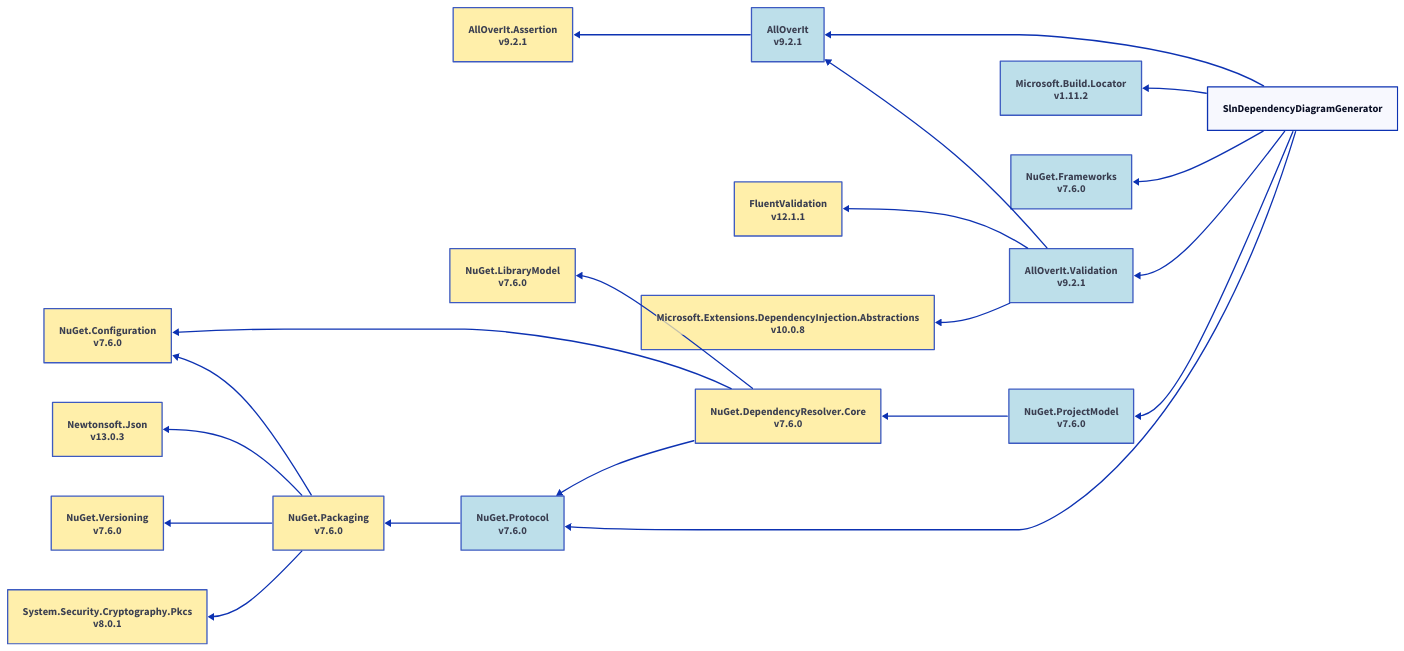
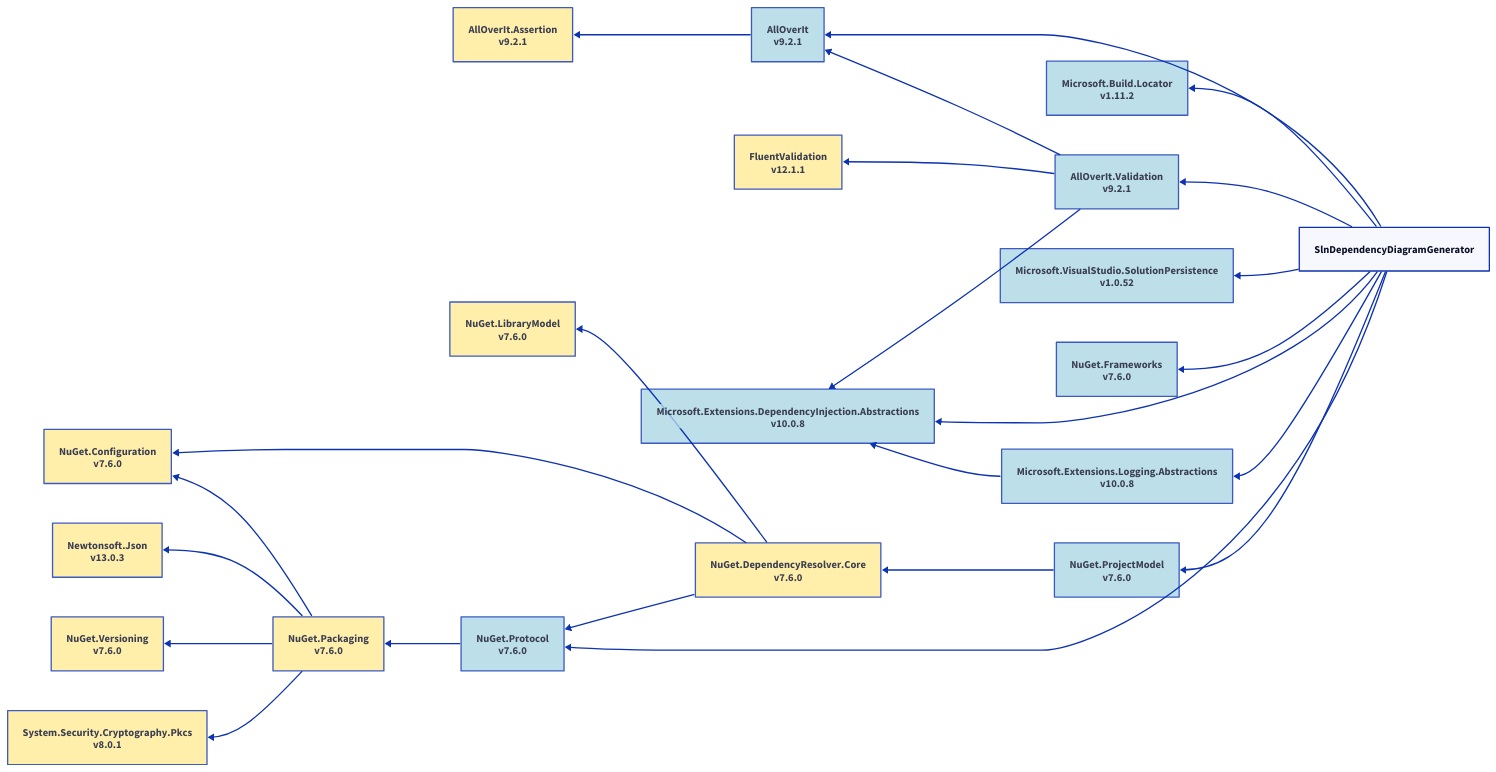
One commit to mjfreelancing/SlnDependencyDiagramGenerator changed the diagram in Samples/Output/net10.0/d2/slndependencydiagramgenerator.d2. Above: the diagram before and after it, drawn with D2. The commit also changed 81 other files, not shown here.

Commit message:
Sample project cleanup and diagram re-generation

```diff
--- a/Samples/Output/net10.0/d2/slndependencydiagramgenerator.d2
+++ b/Samples/Output/net10.0/d2/slndependencydiagramgenerator.d2
@@ -1,70 +1,80 @@
 direction: left
 
 slndependencydiagramgenerator: SlnDependencyDiagramGenerator
 alloverit_9-2-1: AllOverIt\nv9.2.1
 alloverit-assertion_9-2-1: AllOverIt.Assertion\nv9.2.1
 alloverit-validation_9-2-1: AllOverIt.Validation\nv9.2.1
 fluentvalidation_12-1-1: FluentValidation\nv12.1.1
 microsoft-extensions-dependencyinjection-abstractions_10-0-8: Microsoft.Extensions.DependencyInjection.Abstractions\nv10.0.8
 microsoft-build-locator_1-11-2: Microsoft.Build.Locator\nv1.11.2
+microsoft-extensions-logging-abstractions_10-0-8: Microsoft.Extensions.Logging.Abstractions\nv10.0.8
+microsoft-visualstudio-solutionpersistence_1-0-52: Microsoft.VisualStudio.SolutionPersistence\nv1.0.52
 nuget-frameworks_7-6-0: NuGet.Frameworks\nv7.6.0
 nuget-projectmodel_7-6-0: NuGet.ProjectModel\nv7.6.0
 nuget-dependencyresolver-core_7-6-0: NuGet.DependencyResolver.Core\nv7.6.0
 nuget-configuration_7-6-0: NuGet.Configuration\nv7.6.0
 nuget-librarymodel_7-6-0: NuGet.LibraryModel\nv7.6.0
 nuget-protocol_7-6-0: NuGet.Protocol\nv7.6.0
 nuget-packaging_7-6-0: NuGet.Packaging\nv7.6.0
 newtonsoft-json_13-0-3: Newtonsoft.Json\nv13.0.3
 nuget-versioning_7-6-0: NuGet.Versioning\nv7.6.0
 system-security-cryptography-pkcs_8-0-1: System.Security.Cryptography.Pkcs\nv8.0.1
 alloverit_9-2-1 <- slndependencydiagramgenerator
 alloverit-assertion_9-2-1 <- alloverit_9-2-1
 alloverit-validation_9-2-1 <- slndependencydiagramgenerator
 alloverit_9-2-1 <- alloverit-validation_9-2-1
 fluentvalidation_12-1-1 <- alloverit-validation_9-2-1
 microsoft-extensions-dependencyinjection-abstractions_10-0-8 <- alloverit-validation_9-2-1
 microsoft-build-locator_1-11-2 <- slndependencydiagramgenerator
+microsoft-extensions-dependencyinjection-abstractions_10-0-8 <- slndependencydiagramgenerator
+microsoft-extensions-logging-abstractions_10-0-8 <- slndependencydiagramgenerator
+microsoft-extensions-dependencyinjection-abstractions_10-0-8 <- microsoft-extensions-logging-abstractions_10-0-8
+microsoft-visualstudio-solutionpersistence_1-0-52 <- slndependencydiagramgenerator
 nuget-frameworks_7-6-0 <- slndependencydiagramgenerator
 nuget-projectmodel_7-6-0 <- slndependencydiagramgenerator
 nuget-dependencyresolver-core_7-6-0 <- nuget-projectmodel_7-6-0
 nuget-configuration_7-6-0 <- nuget-dependencyresolver-core_7-6-0
 nuget-librarymodel_7-6-0 <- nuget-dependencyresolver-core_7-6-0
 nuget-protocol_7-6-0 <- nuget-dependencyresolver-core_7-6-0
 nuget-protocol_7-6-0 <- slndependencydiagramgenerator
 nuget-packaging_7-6-0 <- nuget-protocol_7-6-0
 newtonsoft-json_13-0-3 <- nuget-packaging_7-6-0
 nuget-configuration_7-6-0 <- nuget-packaging_7-6-0
 nuget-versioning_7-6-0 <- nuget-packaging_7-6-0
 system-security-cryptography-pkcs_8-0-1 <- nuget-packaging_7-6-0
 alloverit_9-2-1.style.fill: "#ADD8E6"
 alloverit_9-2-1.style.opacity: 0.8
 alloverit-assertion_9-2-1.style.fill: "#FFEC96"
 alloverit-assertion_9-2-1.style.opacity: 0.8
 alloverit-validation_9-2-1.style.fill: "#ADD8E6"
 alloverit-validation_9-2-1.style.opacity: 0.8
 fluentvalidation_12-1-1.style.fill: "#FFEC96"
 fluentvalidation_12-1-1.style.opacity: 0.8
-microsoft-extensions-dependencyinjection-abstractions_10-0-8.style.fill: "#FFEC96"
+microsoft-extensions-dependencyinjection-abstractions_10-0-8.style.fill: "#ADD8E6"
 microsoft-extensions-dependencyinjection-abstractions_10-0-8.style.opacity: 0.8
 microsoft-build-locator_1-11-2.style.fill: "#ADD8E6"
 microsoft-build-locator_1-11-2.style.opacity: 0.8
+microsoft-extensions-logging-abstractions_10-0-8.style.fill: "#ADD8E6"
+microsoft-extensions-logging-abstractions_10-0-8.style.opacity: 0.8
+microsoft-visualstudio-solutionpersistence_1-0-52.style.fill: "#ADD8E6"
+microsoft-visualstudio-solutionpersistence_1-0-52.style.opacity: 0.8
 nuget-frameworks_7-6-0.style.fill: "#ADD8E6"
 nuget-frameworks_7-6-0.style.opacity: 0.8
 nuget-projectmodel_7-6-0.style.fill: "#ADD8E6"
 nuget-projectmodel_7-6-0.style.opacity: 0.8
 nuget-dependencyresolver-core_7-6-0.style.fill: "#FFEC96"
 nuget-dependencyresolver-core_7-6-0.style.opacity: 0.8
 nuget-configuration_7-6-0.style.fill: "#FFEC96"
 nuget-configuration_7-6-0.style.opacity: 0.8
 nuget-librarymodel_7-6-0.style.fill: "#FFEC96"
 nuget-librarymodel_7-6-0.style.opacity: 0.8
 nuget-protocol_7-6-0.style.fill: "#ADD8E6"
 nuget-protocol_7-6-0.style.opacity: 0.8
 nuget-packaging_7-6-0.style.fill: "#FFEC96"
 nuget-packaging_7-6-0.style.opacity: 0.8
 newtonsoft-json_13-0-3.style.fill: "#FFEC96"
 newtonsoft-json_13-0-3.style.opacity: 0.8
 nuget-versioning_7-6-0.style.fill: "#FFEC96"
 nuget-versioning_7-6-0.style.opacity: 0.8
 system-security-cryptography-pkcs_8-0-1.style.fill: "#FFEC96"
 system-security-cryptography-pkcs_8-0-1.style.opacity: 0.8
```
